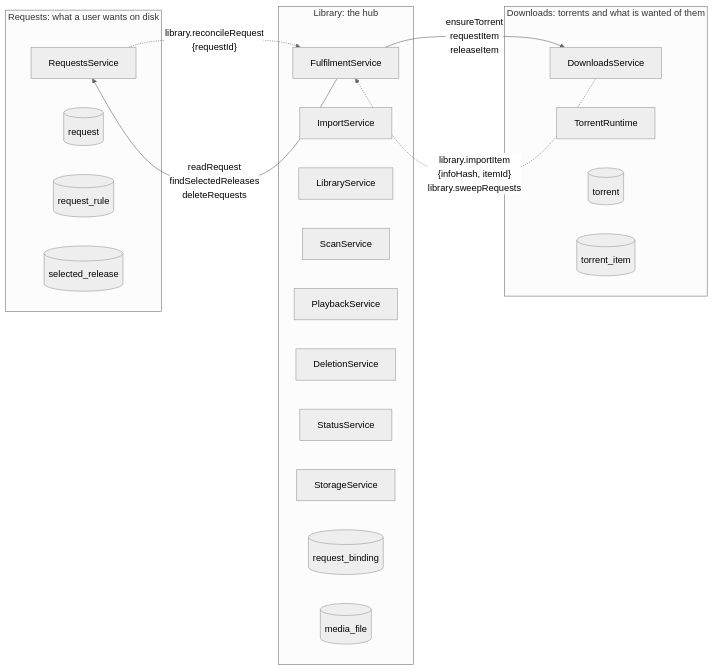
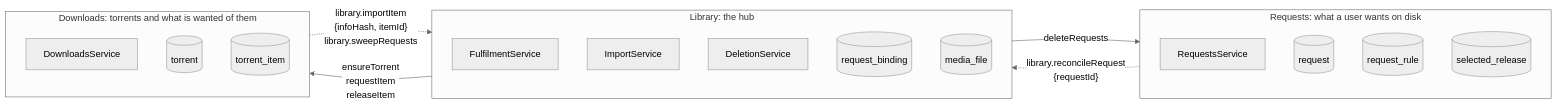
One commit to aleksilassila/reiverr changed the first of 5 diagrams in docs/backend-architecture.md. Above: the diagram before and after it, drawn with Mermaid (neutral theme). The commit also changed 55 other files, not shown here.

Commit message:
feat: server sent events; divide title status query into request status, library status, downloads status

````diff
--- a/docs/backend-architecture.md
+++ b/docs/backend-architecture.md
@@ -9,34 +9,28 @@
 ```mermaid
 flowchart LR
   subgraph requests["Requests: what a user wants on disk"]
     RS["RequestsService"]
     RQ[("request")]
     RR[("request_rule")]
     SR[("selected_release")]
   end
 
   subgraph library["Library: the hub"]
     FS["FulfilmentService"]
     IS["ImportService"]
-    LS["LibraryService"]
-    SCN["ScanService"]
-    PB["PlaybackService"]
     DEL["DeletionService"]
-    STS["StatusService"]
-    STO["StorageService"]
     RB[("request_binding")]
     MF[("media_file")]
   end
 
   subgraph downloads["Downloads: torrents and what is wanted of them"]
     DS["DownloadsService"]
-    TR["TorrentRuntime"]
     T[("torrent")]
     TI[("torrent_item")]
   end
 
-  RS -.->|"library.reconcileRequest<br/>{requestId}"| FS
-  FS -->|"readRequest<br/>findSelectedReleases<br/>deleteRequests"| RS
-  FS -->|"ensureTorrent<br/>requestItem<br/>releaseItem"| DS
-  DS -.->|"library.importItem<br/>{infoHash, itemId}<br/>library.sweepRequests"| FS
+  requests -.->|"library.reconcileRequest<br/>{requestId}"| library
+  library -->|"deleteRequests"| requests
+  library -->|"ensureTorrent<br/>requestItem<br/>releaseItem"| downloads
+  downloads -.->|"library.importItem<br/>{infoHash, itemId}<br/>library.sweepRequests"| library
 ```
````
